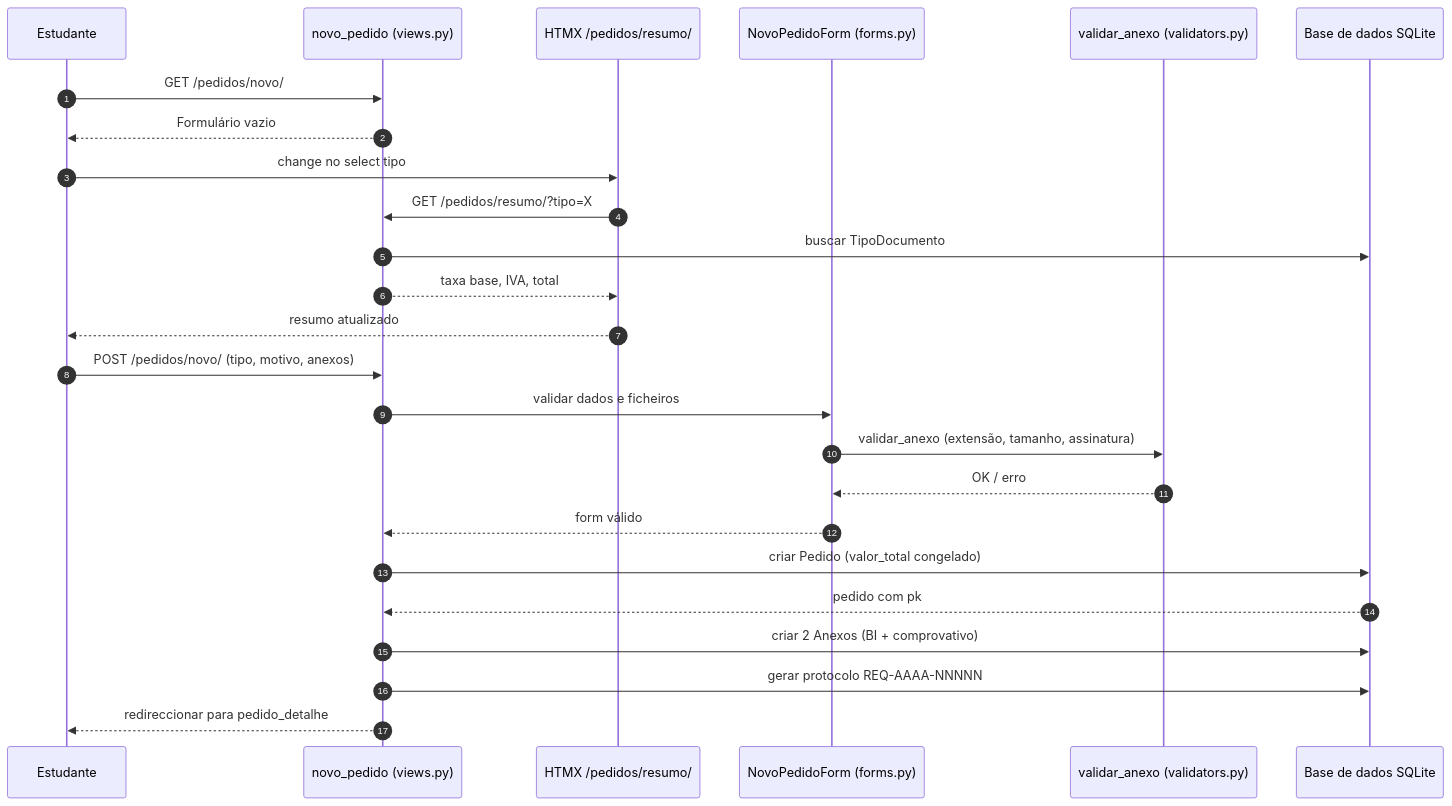
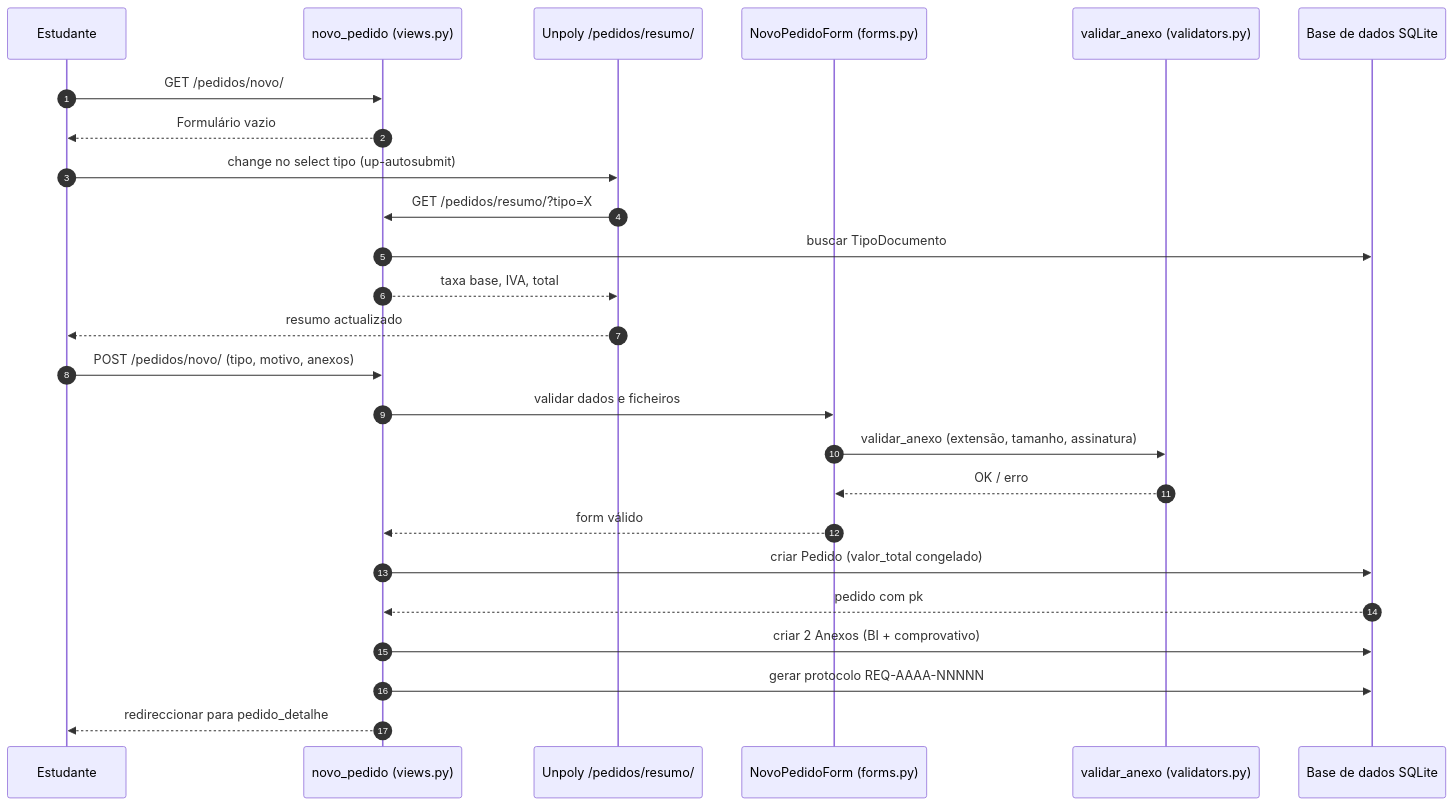
The second of 6 diagrams in docs/04-diagramas-actividade-sequencia.md (StardustArch/requerimentos-feg), drawn with Mermaid before and after one commit. The commit also changed other lines of this file and 13 other files, not shown here.

````diff
--- a/docs/04-diagramas-actividade-sequencia.md
+++ b/docs/04-diagramas-actividade-sequencia.md
@@ -43,28 +47,28 @@
 ```mermaid
 sequenceDiagram
     autonumber
     participant Estudante
     participant View as novo_pedido (views.py)
-    participant HTMX as HTMX /pedidos/resumo/
+    participant Unpoly as Unpoly /pedidos/resumo/
     participant Form as NovoPedidoForm (forms.py)
     participant Val as validar_anexo (validators.py)
     participant DB as Base de dados SQLite
 
     Estudante->>View: GET /pedidos/novo/
     View-->>Estudante: Formulário vazio
-    Estudante->>HTMX: change no select tipo
-    HTMX->>View: GET /pedidos/resumo/?tipo=X
+    Estudante->>Unpoly: change no select tipo (up-autosubmit)
+    Unpoly->>View: GET /pedidos/resumo/?tipo=X
     View->>DB: buscar TipoDocumento
-    View-->>HTMX: taxa base, IVA, total
-    HTMX-->>Estudante: resumo atualizado
+    View-->>Unpoly: taxa base, IVA, total
+    Unpoly-->>Estudante: resumo actualizado
     Estudante->>View: POST /pedidos/novo/ (tipo, motivo, anexos)
     View->>Form: validar dados e ficheiros
     Form->>Val: validar_anexo (extensão, tamanho, assinatura)
     Val-->>Form: OK / erro
     Form-->>View: form válido
     View->>DB: criar Pedido (valor_total congelado)
     DB-->>View: pedido com pk
     View->>DB: criar 2 Anexos (BI + comprovativo)
     View->>DB: gerar protocolo REQ-AAAA-NNNNN
     View-->>Estudante: redireccionar para pedido_detalhe
 ```
````
